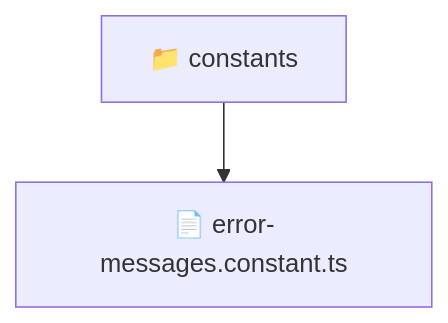
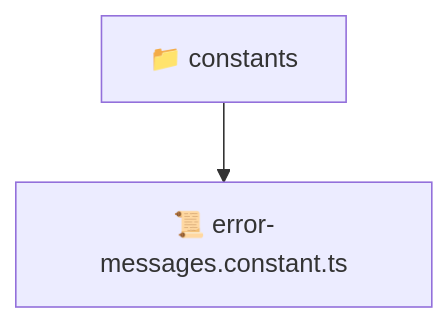
The diagram in backend/src/common/constants/README.md (beginwebdev2002/fullstack-mavluda), drawn with Mermaid before and after one commit. The commit also changed other lines of this file and 163 other files, not shown here.

````diff
--- a/backend/src/common/constants/README.md
+++ b/backend/src/common/constants/README.md
@@ -9,5 +9,5 @@
 ```mermaid
 graph TD
-  Root["📁 constants"]
-  Root --> error_messages_constant_ts["📄 error-messages.constant.ts"]
+  constants["📁 constants"]
+  constants --> error_messages_constant_ts["📜 error-messages.constant.ts"]
 ```
````
